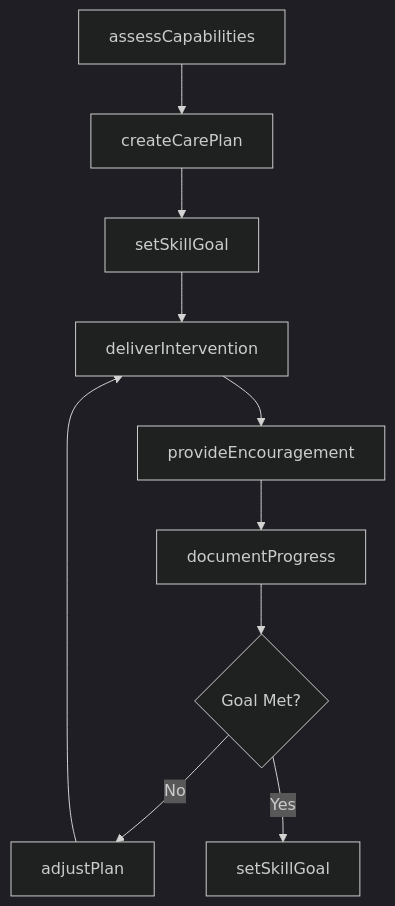
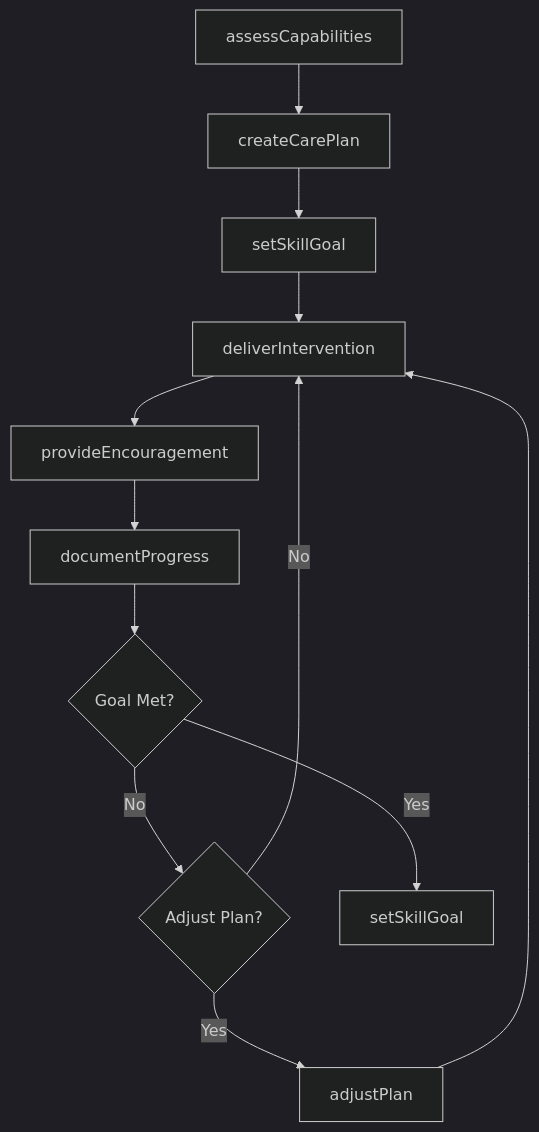
Before and after one commit to dot-org-ai/tasks.org.ai: the third of 4 diagrams in CoachingAndDevelopingOthers/ProvideSupportOrEncouragementToOthers/EncouragePatientsClientsDevelopLife.mdx, drawn with Mermaid (dark theme). The commit also changed other lines of this file and 504 other files, not shown here.

First line of the commit message:
feat: Add ER diagrams, state diagrams, and workflow improvements to 96 DWA task files

````diff
--- a/CoachingAndDevelopingOthers/ProvideSupportOrEncouragementToOthers/EncouragePatientsClientsDevelopLife.mdx
+++ b/CoachingAndDevelopingOthers/ProvideSupportOrEncouragementToOthers/EncouragePatientsClientsDevelopLife.mdx
@@ -87,12 +116,14 @@
 ```mermaid
 graph TD
     A[assessCapabilities] --> B[createCarePlan]
     B --> C[setSkillGoal]
     C --> D[deliverIntervention]
     D --> E[provideEncouragement]
     E --> F[documentProgress]
     F --> G{Goal Met?}
-    G -->|No| H[adjustPlan]
-    G -->|Yes| I[setSkillGoal]
-    H --> D
+    G -->|No| H{Adjust Plan?}
+    H -->|Yes| I[adjustPlan]
+    H -->|No| D
+    G -->|Yes| J[setSkillGoal]
+    I --> D
 ```
````
